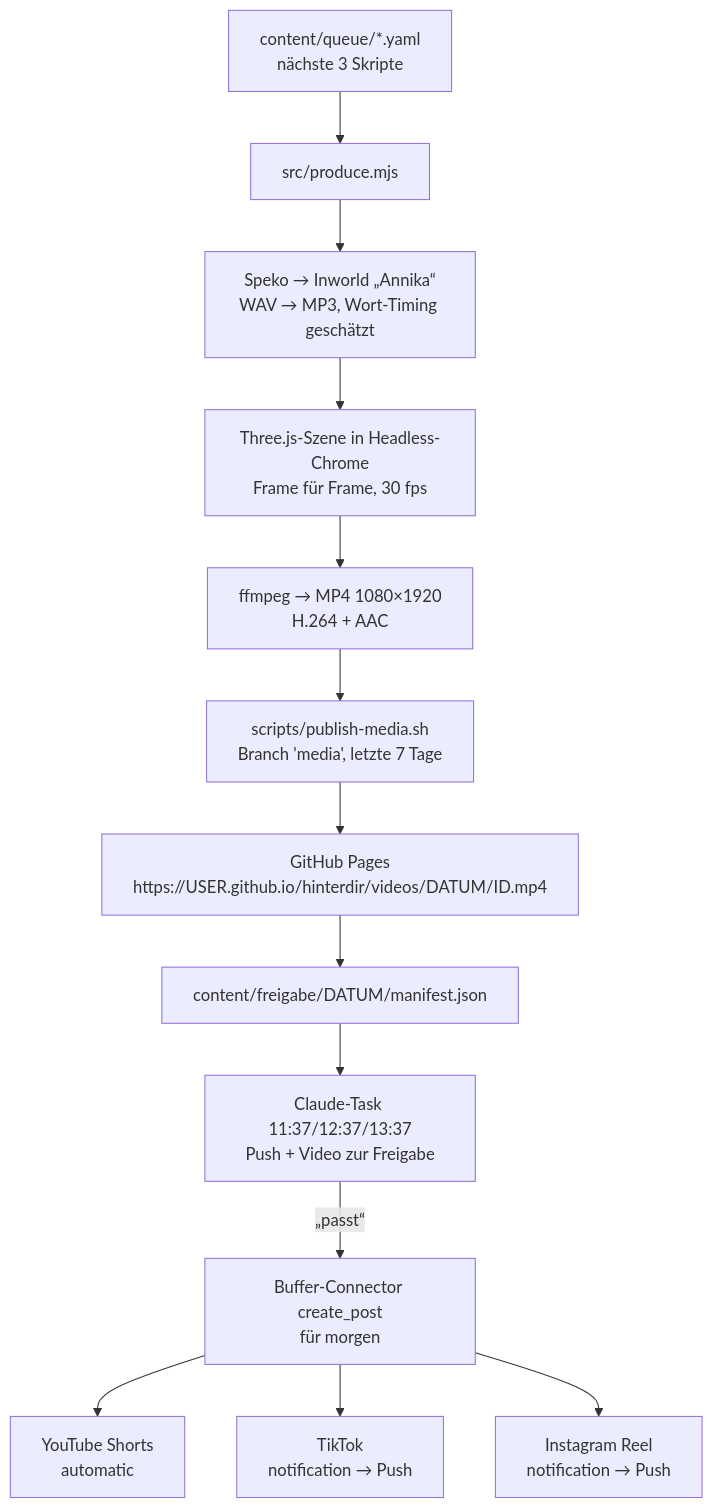
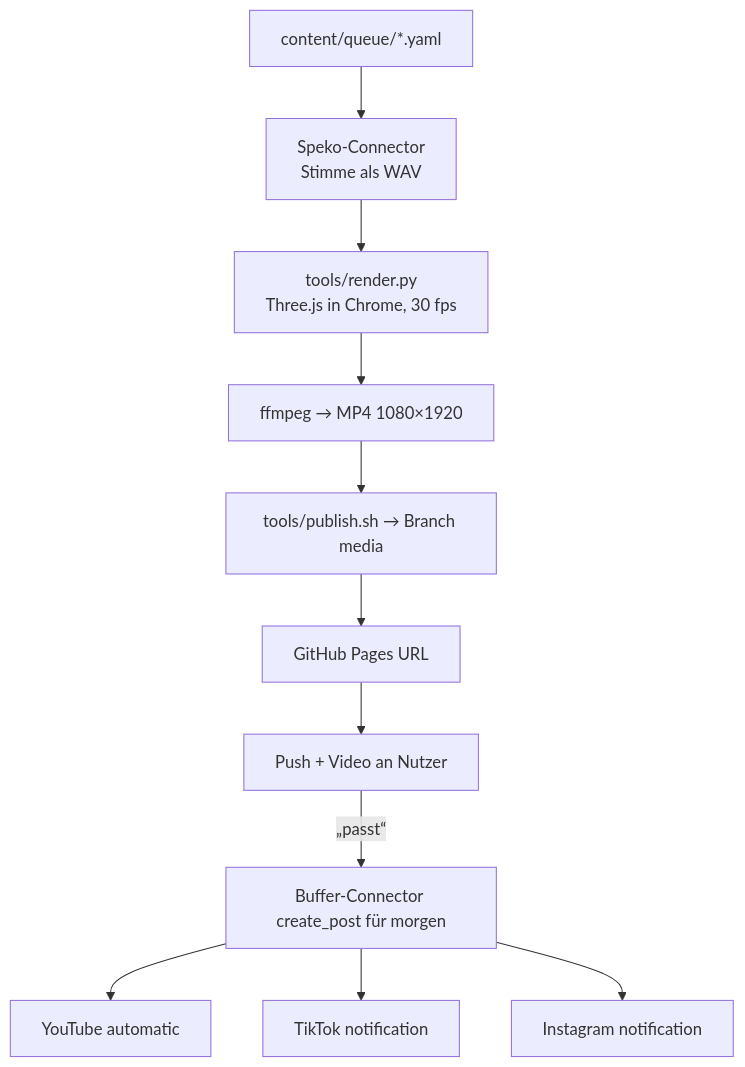
The diagram in docs/04_ARCHITEKTUR.md (Hinterdir-art/hinterdir), drawn with Mermaid before and after one commit. The commit also changed other lines of this file and 13 other files, not shown here.

First line of the commit message:
Claude erstellt Videos selbst: render.py + publish.sh, Three.js im Repo, Playbook, Actions-Workflow entfernt

````diff
--- a/docs/04_ARCHITEKTUR.md
+++ b/docs/04_ARCHITEKTUR.md
@@ -5,15 +5,13 @@
 ```mermaid
 flowchart TD
-  Q[content/queue/*.yaml<br/>nächste 3 Skripte] --> P[src/produce.mjs]
-  P --> S[Speko → Inworld „Annika“<br/>WAV → MP3, Wort-Timing geschätzt]
-  S --> R[Three.js-Szene in Headless-Chrome<br/>Frame für Frame, 30 fps]
-  R --> F[ffmpeg → MP4 1080×1920<br/>H.264 + AAC]
-  F --> M[scripts/publish-media.sh<br/>Branch 'media', letzte 7 Tage]
-  M --> G[GitHub Pages<br/>https://USER.github.io/hinterdir/videos/DATUM/ID.mp4]
-  G --> FG[content/freigabe/DATUM/manifest.json]
-  FG --> C[Claude-Task 11:37/12:37/13:37<br/>Push + Video zur Freigabe]
-  C -->|„passt“| B[Buffer-Connector create_post<br/>für morgen]
-  B --> YT[YouTube Shorts<br/>automatic]
-  B --> TT[TikTok<br/>notification → Push]
-  B --> IG[Instagram Reel<br/>notification → Push]
+  Q[content/queue/*.yaml] --> S[Speko-Connector<br/>Stimme als WAV]
+  S --> R[tools/render.py<br/>Three.js in Chrome, 30 fps]
+  R --> F[ffmpeg → MP4 1080×1920]
+  F --> M[tools/publish.sh → Branch media]
+  M --> G[GitHub Pages URL]
+  G --> C[Push + Video an Nutzer]
+  C -->|„passt“| B[Buffer-Connector create_post für morgen]
+  B --> YT[YouTube automatic]
+  B --> TT[TikTok notification]
+  B --> IG[Instagram notification]
 ```
````
